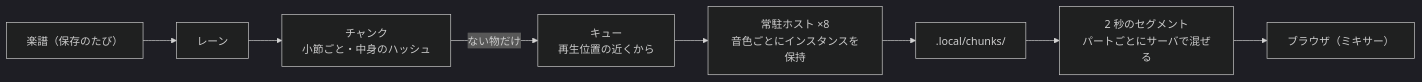
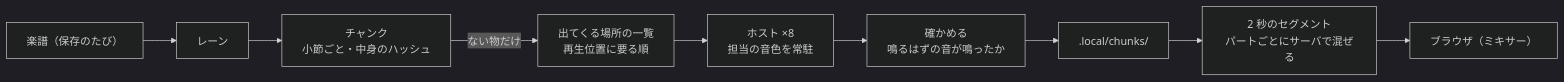
One commit to yuichkun/takemitsu-2027-composition-system changed the second of 2 diagrams in docs/architecture.md. Above: the diagram before and after it, drawn with Mermaid (dark theme). The commit also changed other lines of this file and 3 other files, not shown here.

````diff
--- a/docs/architecture.md
+++ b/docs/architecture.md
@@ -63,7 +63,7 @@
 ```mermaid
 flowchart LR
   S["楽譜（保存のたび）"] --> P["レーン"] --> C["チャンク<br/>小節ごと・中身のハッシュ"]
-  C -->|ない物だけ| Q["キュー<br/>再生位置の近くから"] --> H["常駐ホスト ×8<br/>音色ごとにインスタンスを保持"]
-  H --> ST[".local/chunks/"]
+  C -->|ない物だけ| Q["出てくる場所の一覧<br/>再生位置に要る順"] --> H["ホスト ×8<br/>担当の音色を常駐"]
+  H --> CK["確かめる<br/>鳴るはずの音が鳴ったか"] --> ST[".local/chunks/"]
   ST --> SEG["2 秒のセグメント<br/>パートごとにサーバで混ぜる"] --> B["ブラウザ（ミキサー）"]
 ```
````
